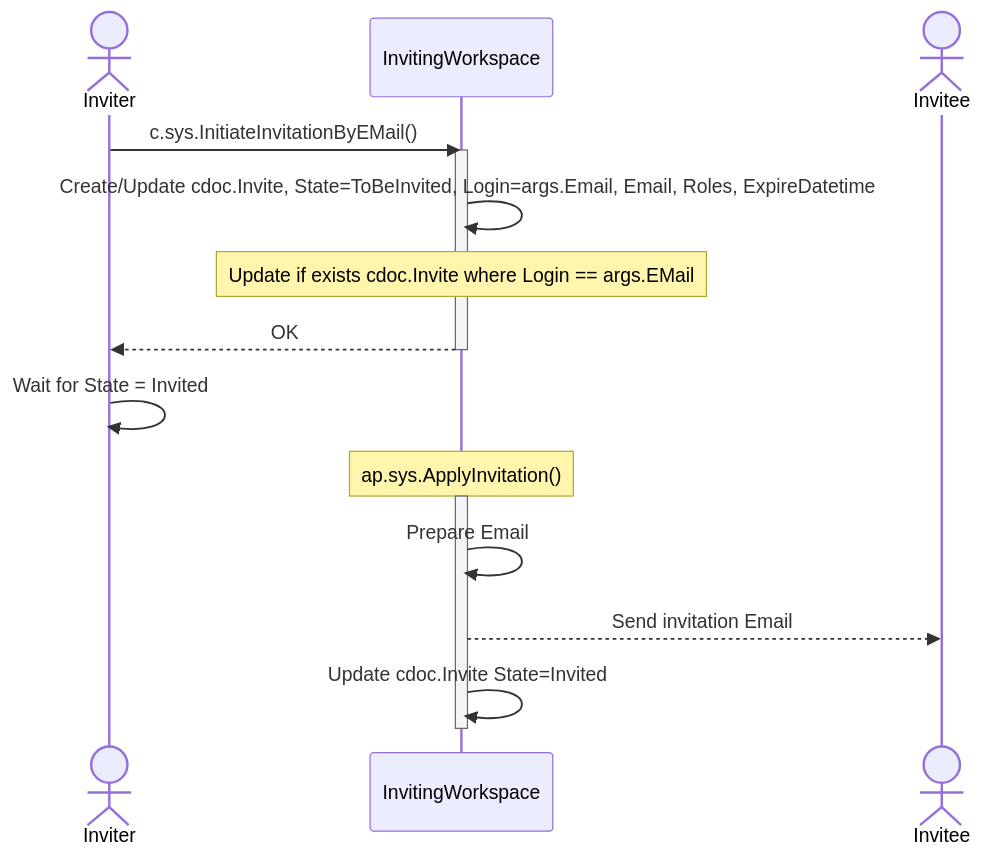
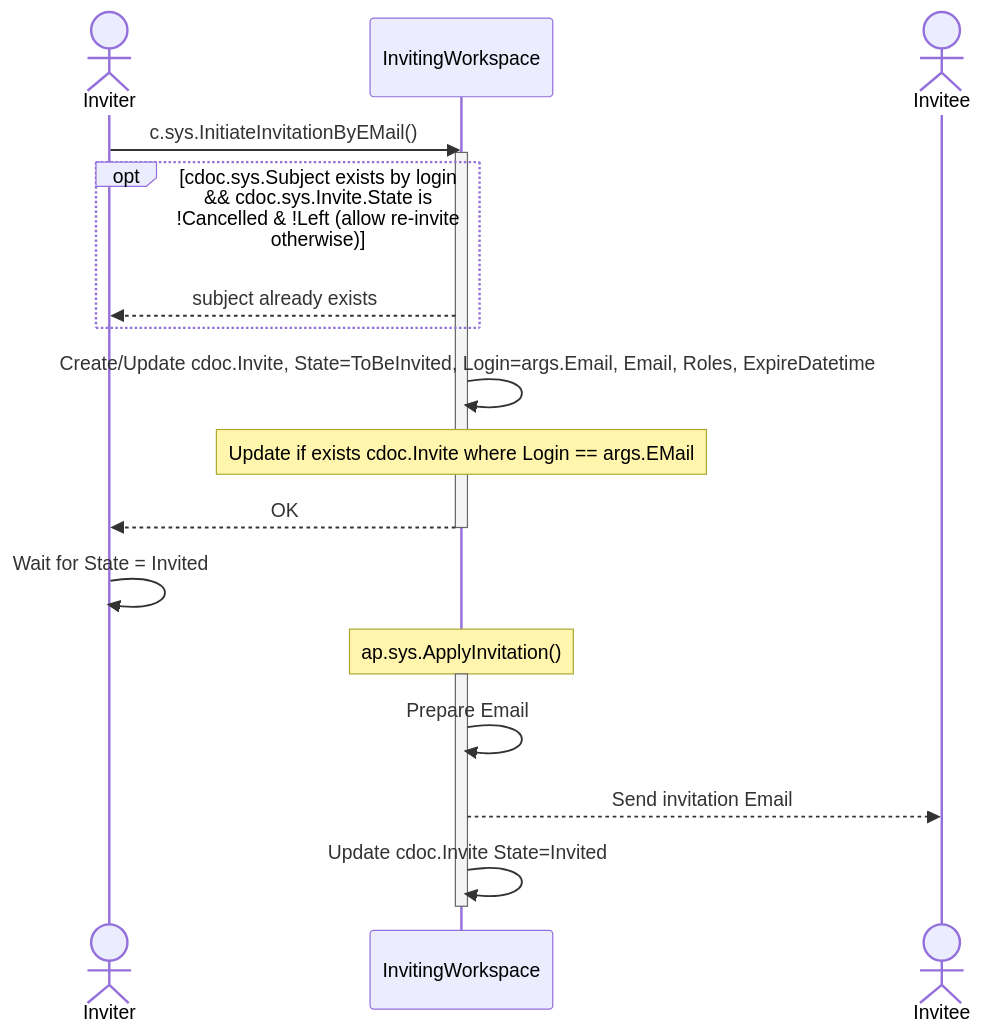
One commit to voedger/voedger changed the fourth of 9 diagrams in design/workspaces/invites.md. Above: the diagram before and after it, drawn with Mermaid. The commit also changed 3 other files, not shown here.

````diff
--- a/design/workspaces/invites.md
+++ b/design/workspaces/invites.md
@@ -140,23 +140,26 @@
 ```mermaid
     sequenceDiagram
 
     actor Inviter
     participant workspace as InvitingWorkspace
     actor user as Invitee
 
     Inviter ->> workspace: c.sys.InitiateInvitationByEMail()
     activate workspace
+        opt cdoc.sys.Subject exists by login && cdoc.sys.Invite.State is !Cancelled & !Left (allow re-invite otherwise)
+            workspace -->> Inviter: subject already exists
+        end
         workspace ->> workspace: Create/Update cdoc.Invite, State=ToBeInvited, Login=args.Email, Email, Roles, ExpireDatetime
         note over workspace: Update if exists cdoc.Invite where Login == args.EMail
         workspace -->> Inviter: OK
     deactivate workspace
 
     Inviter ->> Inviter: Wait for State = Invited
 
     note over workspace: ap.sys.ApplyInvitation()
     activate workspace
         workspace ->> workspace: Prepare Email
         workspace -->> user: Send invitation Email
         workspace ->> workspace: Update cdoc.Invite State=Invited
     deactivate workspace
 ```
````
